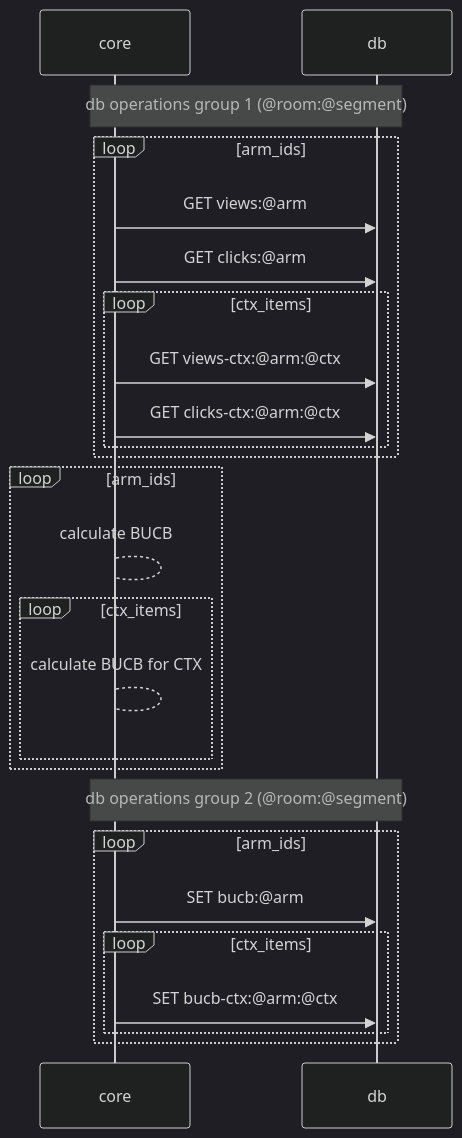
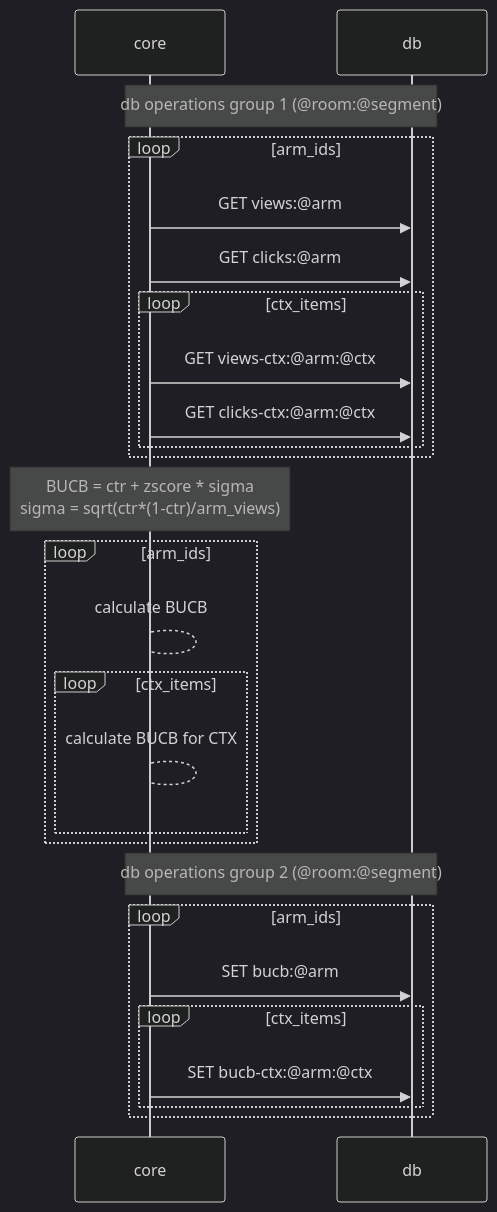
Before and after one commit to mobarski/kraken: the third of 4 diagrams in README.md, drawn with Mermaid (dark theme). The commit also changed other lines of this file and 2 other files, not shown here.

````diff
--- a/README.md
+++ b/README.md
@@ -134,28 +159,29 @@
 ```mermaid
 sequenceDiagram
 
 note over core,db : db operations group 1 (@room:@segment)
 loop arm_ids
 core ->> db : GET views:@arm
 core ->> db : GET clicks:@arm
 loop ctx_items
 core ->> db : GET views-ctx:@arm:@ctx
 core ->> db : GET clicks-ctx:@arm:@ctx
 end
 end
 
+note over core : BUCB = ctr + zscore * sigma<br>sigma = sqrt(ctr*(1-ctr)/arm_views)
 loop arm_ids
 core --> core : calculate BUCB
 loop ctx_items
 core --> core : calculate BUCB for CTX
 end
 end
 
 note over core,db : db operations group 2 (@room:@segment)
 loop arm_ids
 core ->> db : SET bucb:@arm
 loop ctx_items
 core ->> db : SET bucb-ctx:@arm:@ctx
 end
 end
 ```
````
